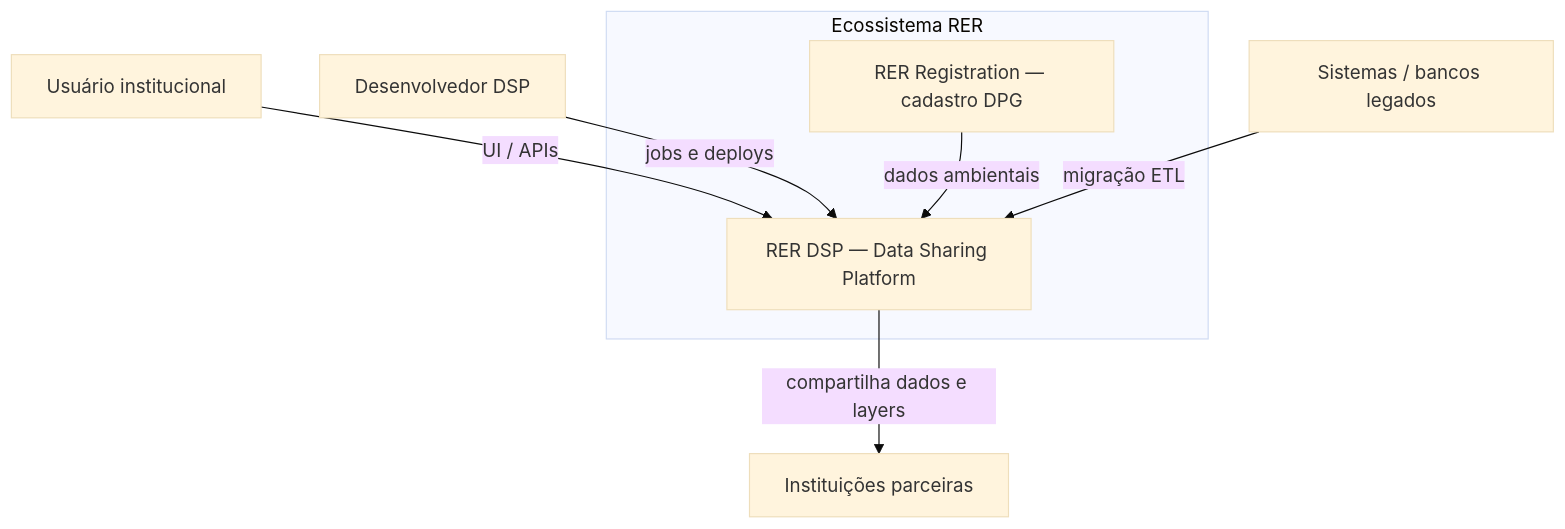
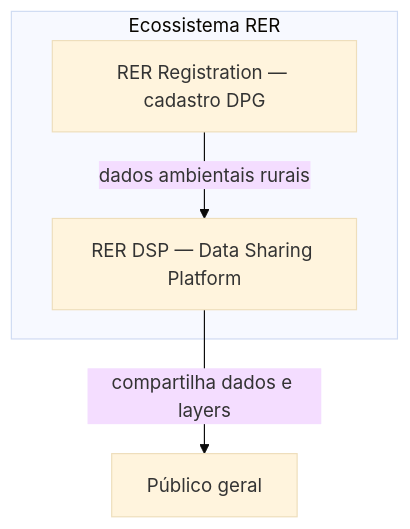
One commit to kleber-albino/rer-dsp-docs changed the second of 4 diagrams in docs/architecture/overview.md. Above: the diagram before and after it, drawn with Mermaid (base theme). The commit also changed other lines of this file and 23 other files, not shown here.

````diff
--- a/docs/architecture/overview.md
+++ b/docs/architecture/overview.md
@@ -134,18 +84,11 @@
 ```mermaid
 flowchart TB
-  user[Usuário institucional]
-  dev[Desenvolvedor DSP]
-  legado[Sistemas / bancos legados]
-  parceiros[Instituições parceiras]
+  publico[Público geral]
 
   subgraph rer ["Ecossistema RER"]
     reg[RER Registration — cadastro DPG]
     dsp[RER DSP — Data Sharing Platform]
   end
-
-  user -->|UI / APIs| dsp
-  dev -->|jobs e deploys| dsp
-  reg -->|dados ambientais| dsp
-  legado -->|migração ETL| dsp
-  dsp -->|compartilha dados e layers| parceiros
+  reg -->|dados ambientais rurais| dsp
+  dsp -->|compartilha dados e layers| publico
 ```
````
